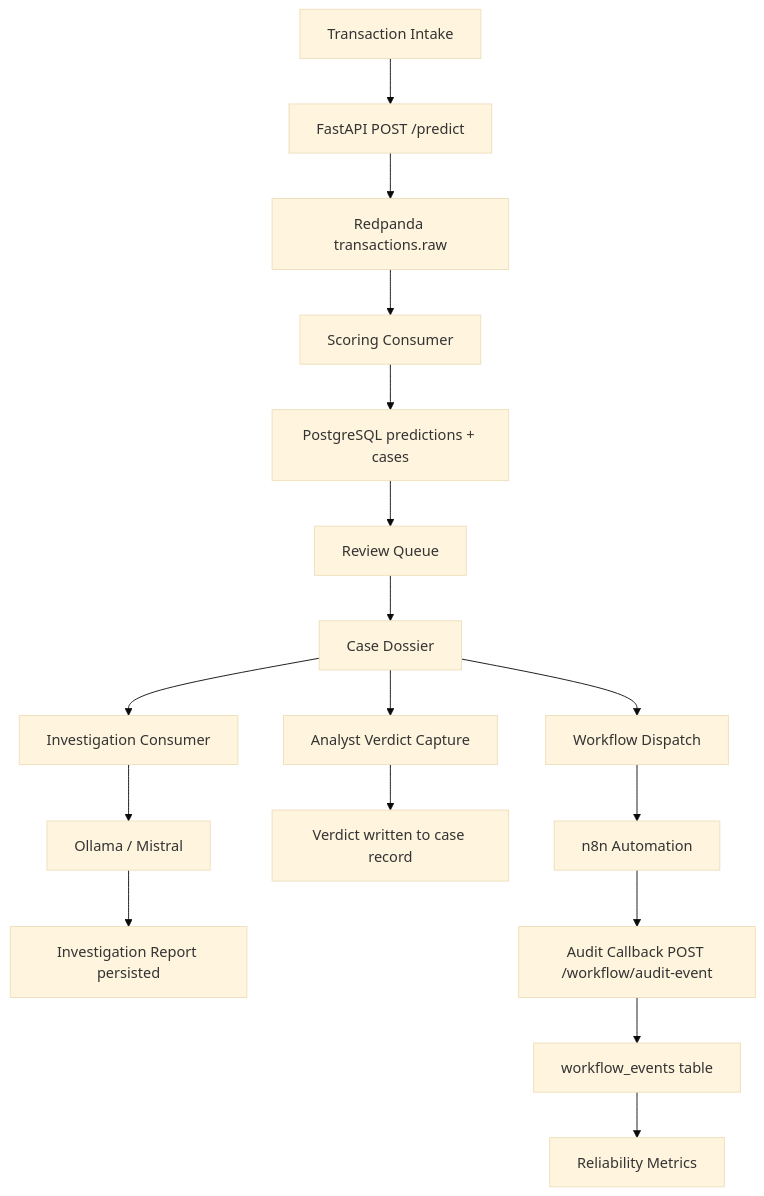
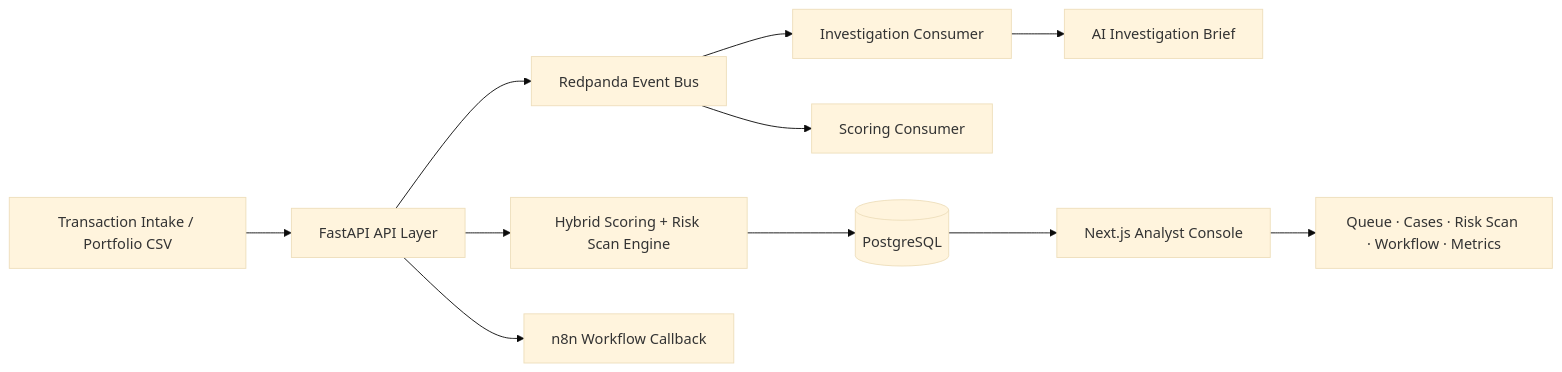
Before and after one commit to IjazKakkodDS/transaction-fraud-intelligence-console: the diagram in README.md, drawn with Mermaid (base theme). The commit also changed other lines of this file, not shown here.

First line of the commit message:
Polish fraud console README

````diff
--- a/README.md
+++ b/README.md
@@ -195,19 +148,13 @@
 ```mermaid
-graph TD
-    A[Transaction Intake] --> B[FastAPI POST /predict]
-    B --> C[Redpanda transactions.raw]
-    C --> D[Scoring Consumer]
-    D --> E[PostgreSQL predictions + cases]
-    E --> F[Review Queue]
-    F --> G[Case Dossier]
-    G --> H[Investigation Consumer]
-    H --> I[Ollama / Mistral]
-    I --> J[Investigation Report persisted]
-    G --> K[Analyst Verdict Capture]
-    K --> L[Verdict written to case record]
-    G --> M[Workflow Dispatch]
-    M --> N[n8n Automation]
-    N --> O[Audit Callback POST /workflow/audit-event]
-    O --> P[workflow_events table]
-    P --> Q[Reliability Metrics]
+flowchart LR
+    A[Transaction Intake / Portfolio CSV] --> B[FastAPI API Layer]
+    B --> C[Hybrid Scoring + Risk Scan Engine]
+    C --> D[(PostgreSQL)]
+    B --> E[Redpanda Event Bus]
+    E --> F[Scoring Consumer]
+    E --> G[Investigation Consumer]
+    G --> H[AI Investigation Brief]
+    B --> I[n8n Workflow Callback]
+    D --> J[Next.js Analyst Console]
+    J --> K[Queue · Cases · Risk Scan · Workflow · Metrics]
 ```
````
